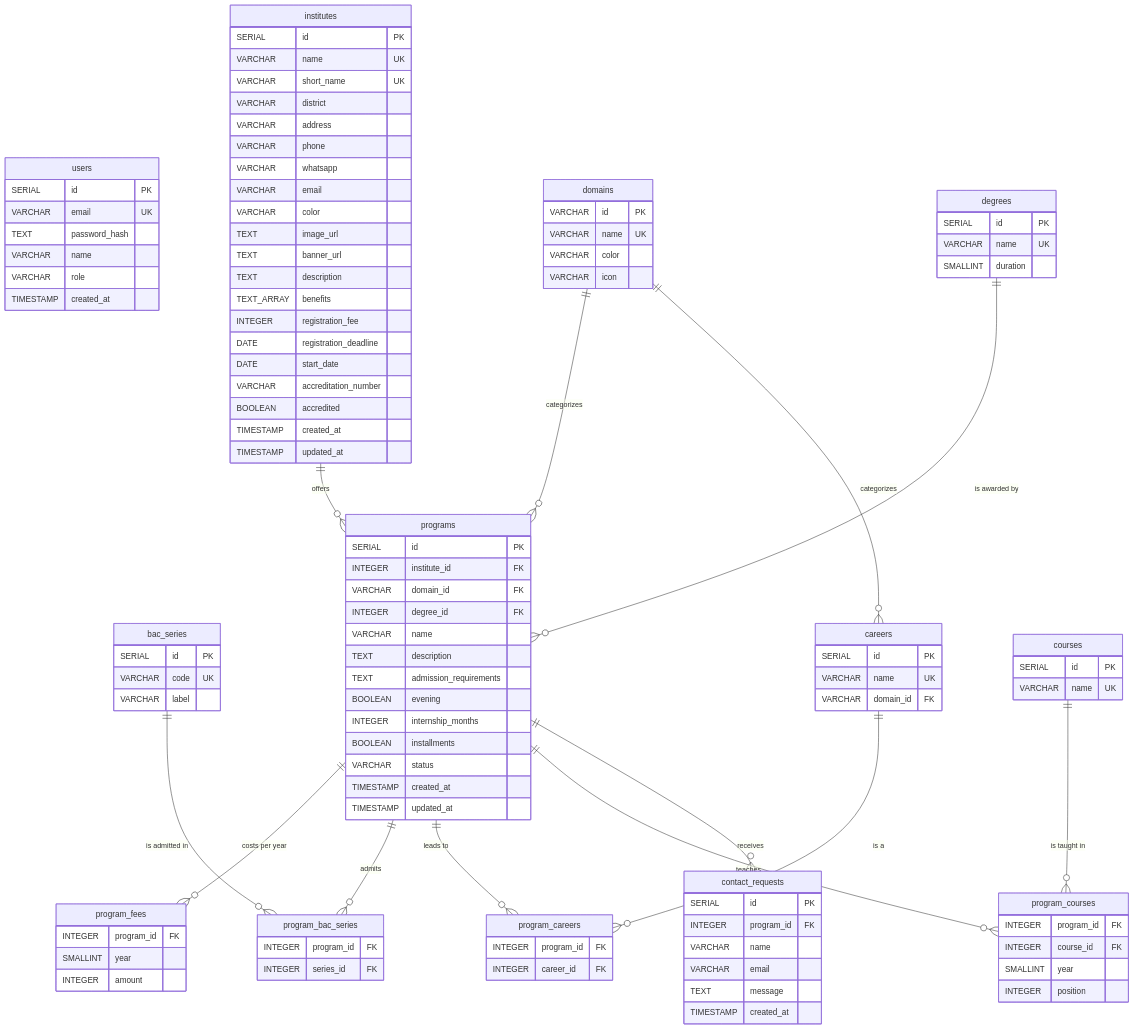
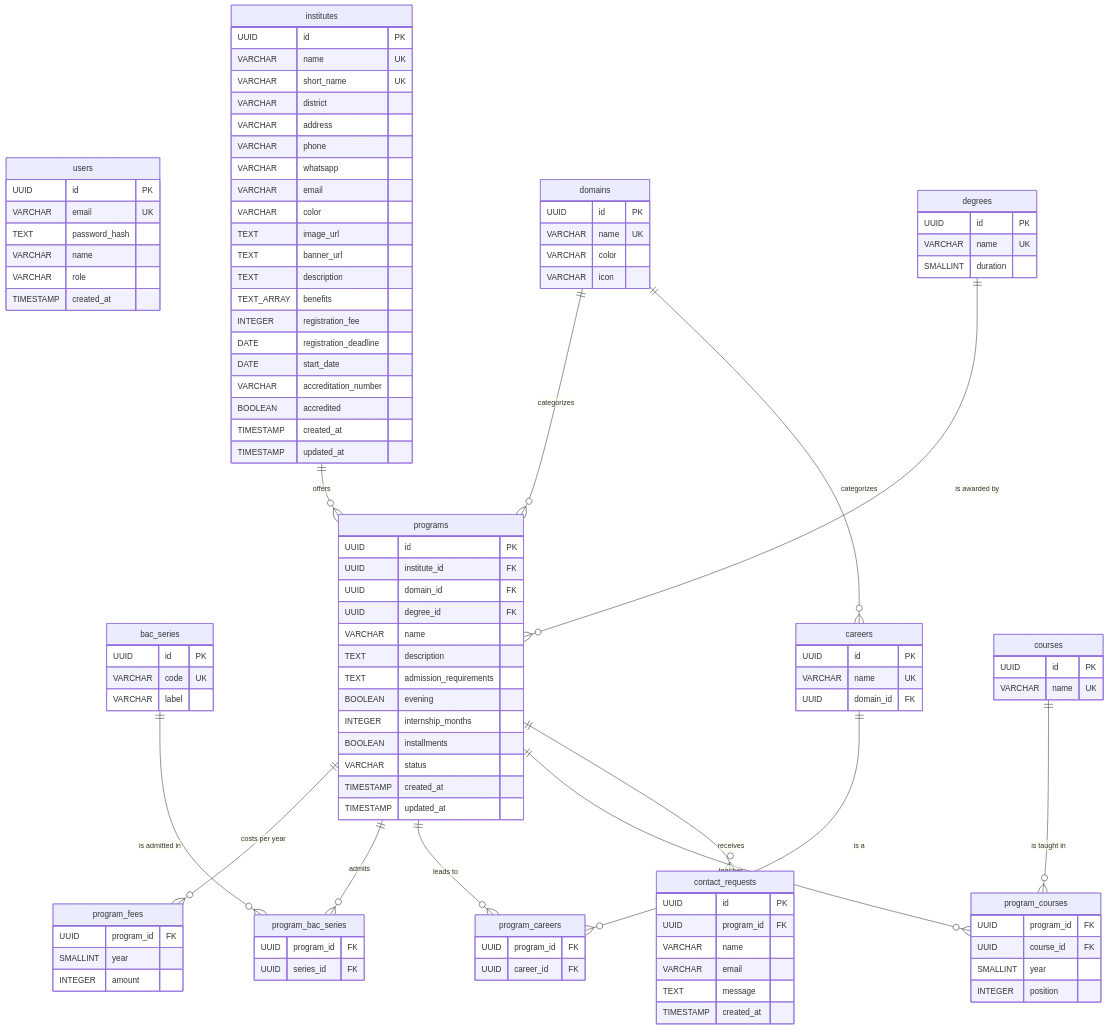
Before and after one commit to Flammeduciel/s17-squad15-orienta: the diagram in docs/schema.md, drawn with Mermaid. The commit also changed other lines of this file and 23 other files, not shown here.

````diff
--- a/docs/schema.md
+++ b/docs/schema.md
@@ -9,7 +10,7 @@
 ```mermaid
 erDiagram
     users {
-        SERIAL id PK
+        UUID id PK
         VARCHAR email UK
         TEXT password_hash
         VARCHAR name
@@ -18,26 +19,26 @@
     }
 
     domains {
-        VARCHAR id PK
+        UUID id PK
         VARCHAR name UK
         VARCHAR color
         VARCHAR icon
     }
 
     degrees {
-        SERIAL id PK
+        UUID id PK
         VARCHAR name UK
         SMALLINT duration
     }
 
     bac_series {
-        SERIAL id PK
+        UUID id PK
         VARCHAR code UK
         VARCHAR label
     }
 
     institutes {
-        SERIAL id PK
+        UUID id PK
         VARCHAR name UK
         VARCHAR short_name UK
         VARCHAR district
@@ -60,10 +61,10 @@
     }
 
     programs {
-        SERIAL id PK
-        INTEGER institute_id FK
-        VARCHAR domain_id FK
-        INTEGER degree_id FK
+        UUID id PK
+        UUID institute_id FK
+        UUID domain_id FK
+        UUID degree_id FK
         VARCHAR name
         TEXT description
         TEXT admission_requirements
@@ -76,42 +77,42 @@
     }
 
     program_fees {
-        INTEGER program_id FK
+        UUID program_id FK
         SMALLINT year
         INTEGER amount
     }
 
     program_bac_series {
-        INTEGER program_id FK
-        INTEGER series_id FK
+        UUID program_id FK
+        UUID series_id FK
     }
 
     careers {
-        SERIAL id PK
+        UUID id PK
         VARCHAR name UK
-        VARCHAR domain_id FK
+        UUID domain_id FK
     }
 
     program_careers {
-        INTEGER program_id FK
-        INTEGER career_id FK
+        UUID program_id FK
+        UUID career_id FK
     }
 
     courses {
-        SERIAL id PK
+        UUID id PK
         VARCHAR name UK
     }
 
     program_courses {
-        INTEGER program_id FK
-        INTEGER course_id FK
+        UUID program_id FK
+        UUID course_id FK
         SMALLINT year
         INTEGER position
     }
 
     contact_requests {
-        SERIAL id PK
-        INTEGER program_id FK
+        UUID id PK
+        UUID program_id FK
         VARCHAR name
         VARCHAR email
         TEXT message
````
